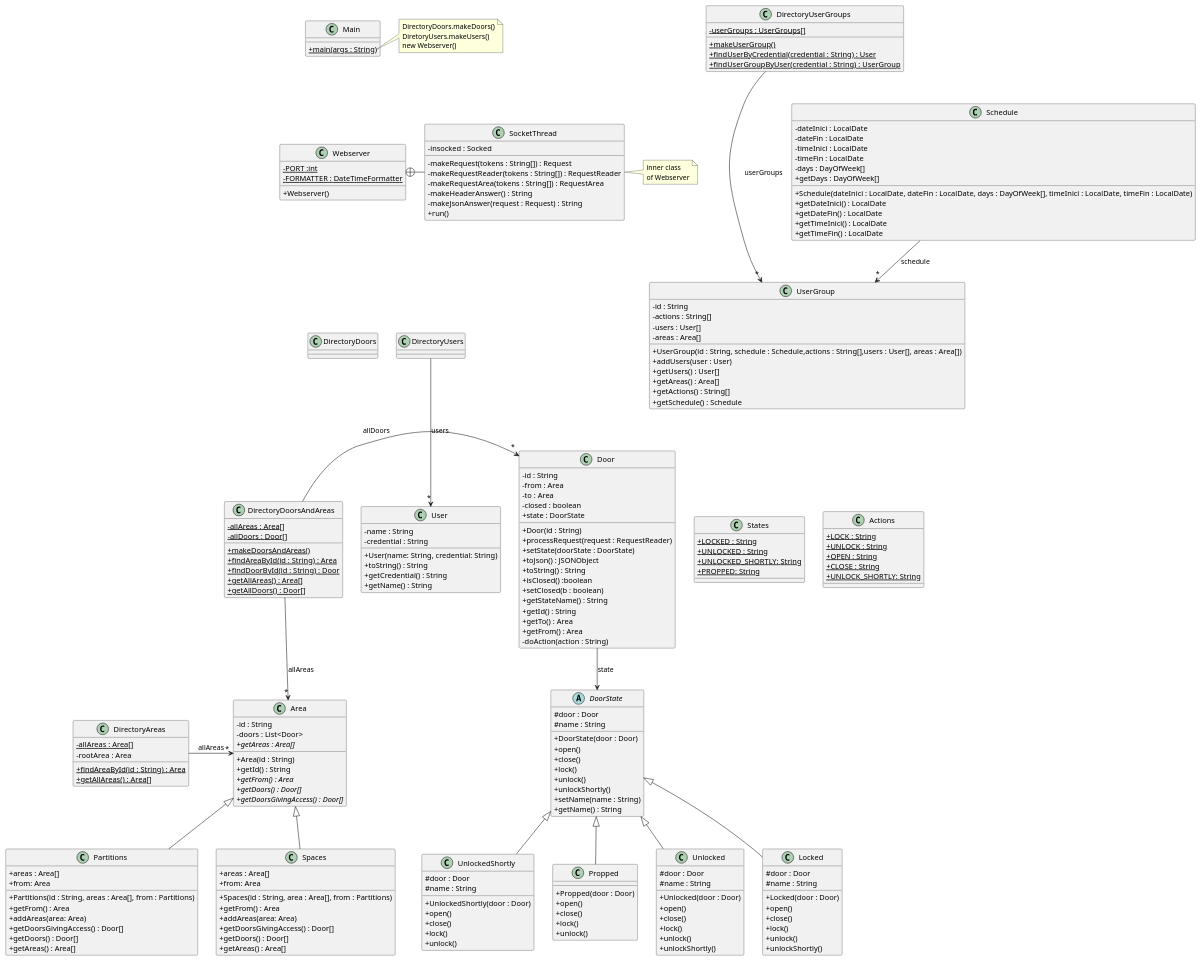
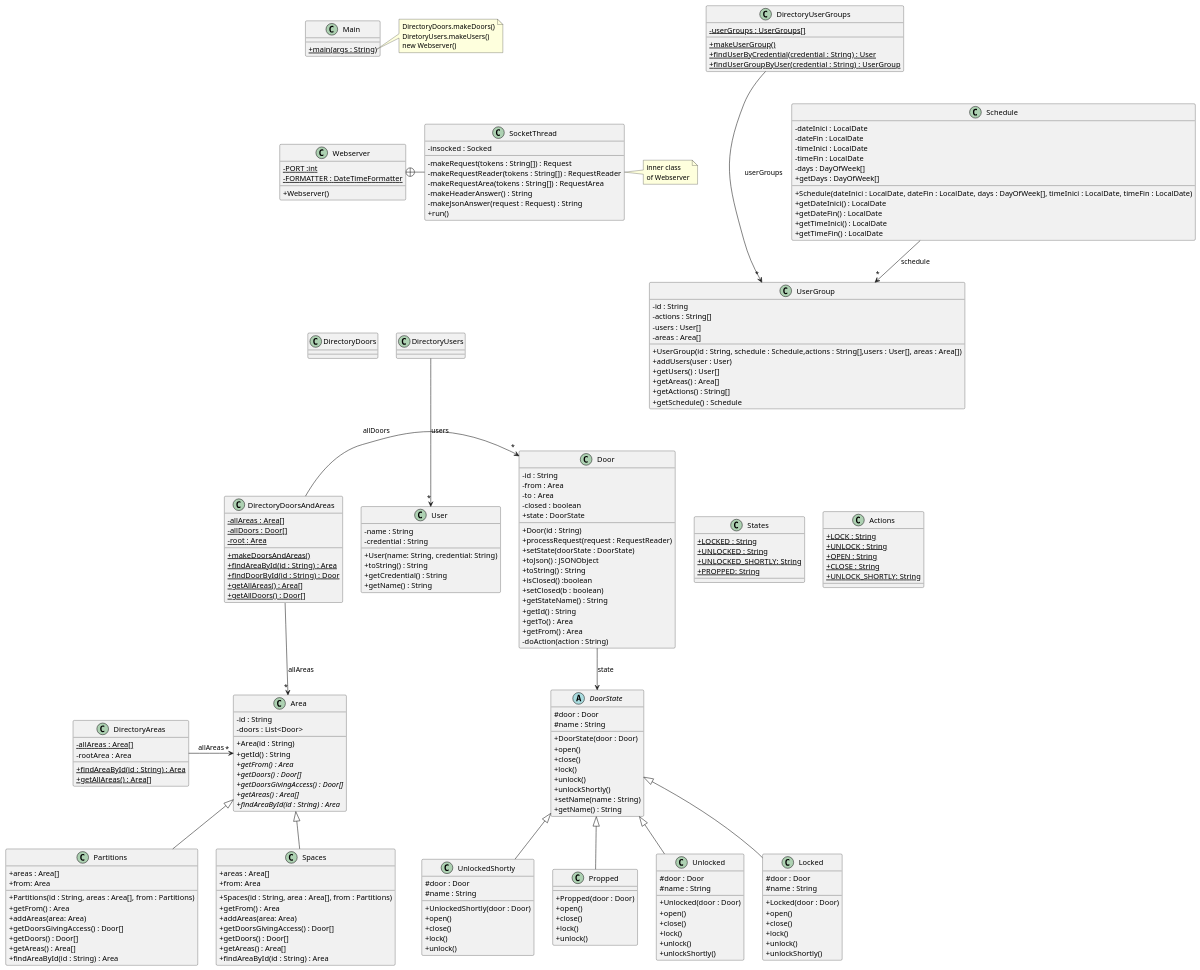
The diagram in src/baseNoStates/uml/base_no_states.puml (MC4MP02/ACS), drawn with PlantUML before and after one commit. The commit also changed 2 other files, not shown here.

```diff
--- a/src/baseNoStates/uml/base_no_states.puml
+++ b/src/baseNoStates/uml/base_no_states.puml
@@ -147,7 +147,8 @@
 + {abstract} getFrom() : Area
 + {abstract} getDoors() : Door[]
 + {abstract} getDoorsGivingAccess() : Door[]
-+ {abstract} getAreas : Area[]
++ {abstract} getAreas() : Area[]
++ {abstract} findAreaById(id : String) : Area
 }
 
 class Partitions extends Area {
@@ -159,6 +160,7 @@
 + getDoorsGivingAccess() : Door[]
 + getDoors() : Door[]
 + getAreas() : Area[]
++ findAreaById(id : String) : Area
 }
 
 class Propped extends DoorState {
@@ -192,6 +194,7 @@
 + getDoorsGivingAccess() : Door[]
 + getDoors() : Door[]
 + getAreas() : Area[]
++ findAreaById(id : String) : Area
 }
 
 class DirectoryAreas {
@@ -206,6 +209,7 @@
 class DirectoryDoorsAndAreas {
 - {static} allAreas : Area[]
 - {static} allDoors : Door[]
+- {static} root : Area
 + {static} makeDoorsAndAreas()
 + {static} findAreaById(id : String) : Area
 + {static} findDoorById(id : String) : Door
```
